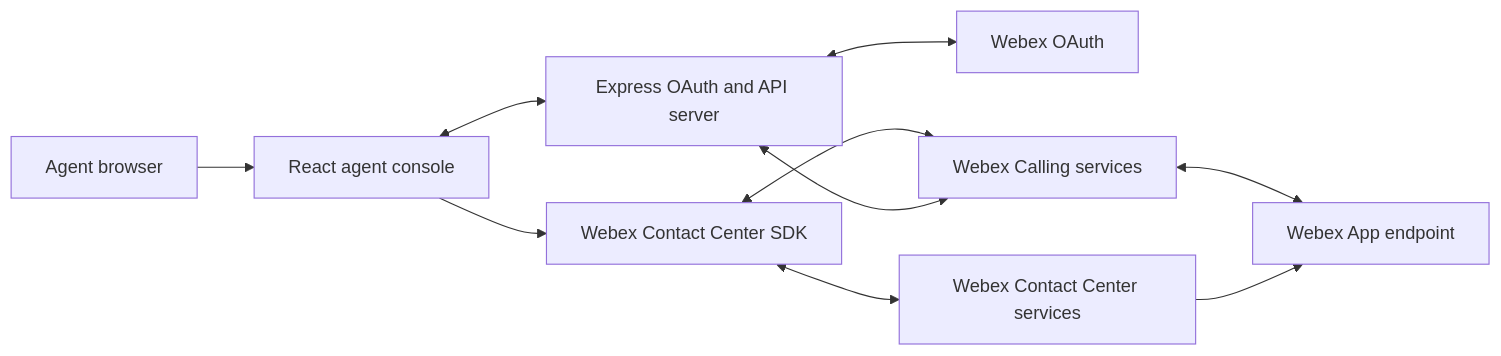
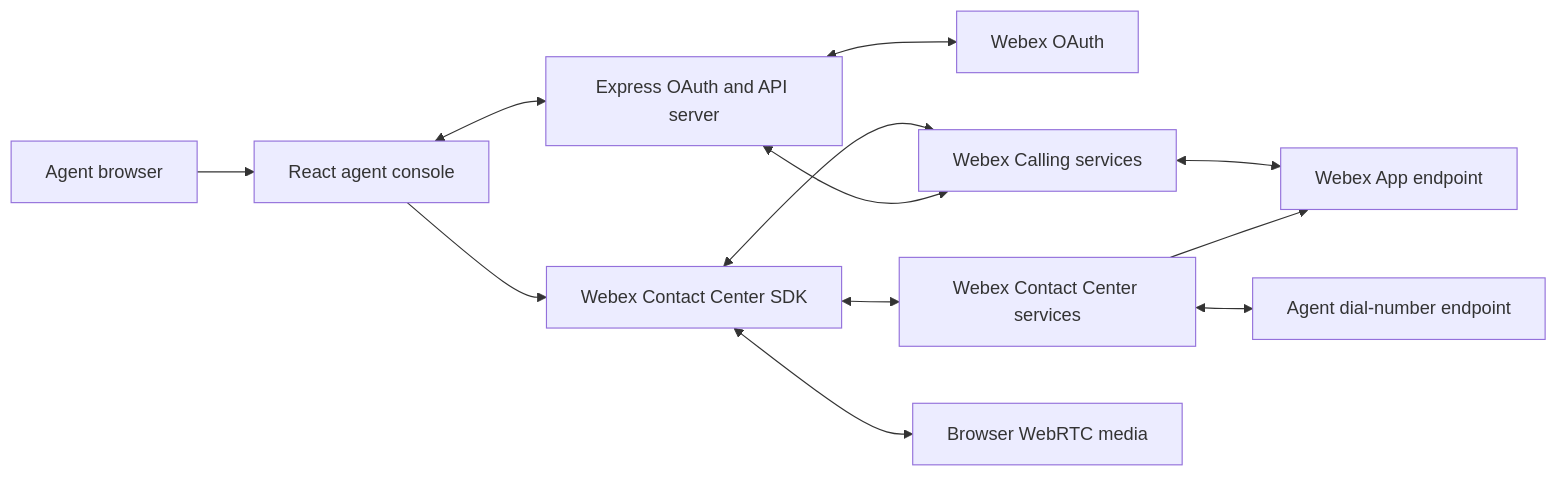
The first of 8 diagrams in ARCHITECTURE.md (aashishberry/webexcc_sdk_app), drawn with Mermaid before and after one commit. The commit also changed other lines of this file and 10 other files, not shown here.

````diff
--- a/ARCHITECTURE.md
+++ b/ARCHITECTURE.md
@@ -18,21 +18,25 @@
 ```mermaid
 flowchart LR
     Agent["Agent browser"]
     UI["React agent console"]
     SDK["Webex Contact Center SDK"]
     Server["Express OAuth and API server"]
     OAuth["Webex OAuth"]
     WxCC["Webex Contact Center services"]
     Calling["Webex Calling services"]
     App["Webex App endpoint"]
+    Phone["Agent dial-number endpoint"]
+    BrowserMedia["Browser WebRTC media"]
 
     Agent --> UI
     UI --> SDK
     SDK <--> WxCC
     SDK <--> Calling
     UI <--> Server
     Server <--> OAuth
     Server <--> Calling
     Calling <--> App
     WxCC --> App
+    WxCC <--> Phone
+    SDK <--> BrowserMedia
 ```
````
